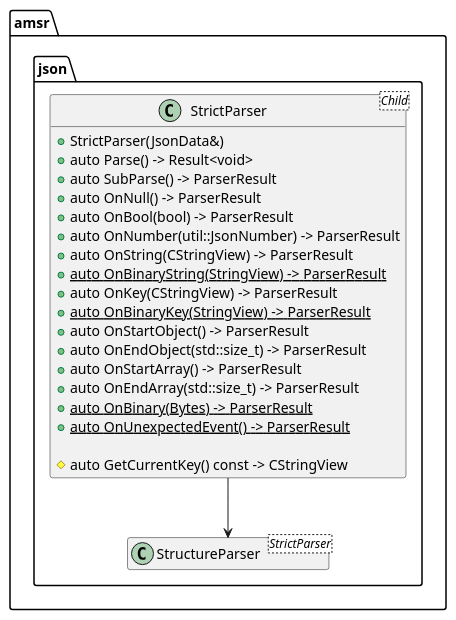
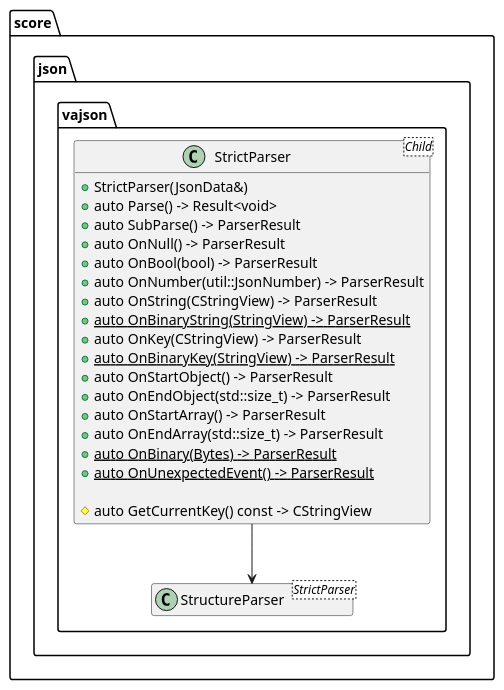
Before and after one commit to eclipse-score/baselibs: the third of 9 diagrams in docs/baselibs/components/json/docs/vajson/design/logical/Reader.rst, drawn with PlantUML. The commit also changed other lines of this file and 5 other files, not shown here.

```diff
--- a/docs/baselibs/components/json/docs/vajson/design/logical/Reader.rst
+++ b/docs/baselibs/components/json/docs/vajson/design/logical/Reader.rst
@@ -337,34 +304,36 @@
 .. uml::
 
     @startuml
     hide empty members
 
-    package "amsr" {
+    package "score" {
       package "json" {
-        class StrictParser<Child> {
-          + StrictParser(JsonData&)
-          + auto Parse() -> Result<void>
-          + auto SubParse() -> ParserResult
-          + auto OnNull() -> ParserResult
-          + auto OnBool(bool) -> ParserResult
-          + auto OnNumber(util::JsonNumber) -> ParserResult
-          + auto OnString(CStringView) -> ParserResult
-          + {static} auto OnBinaryString(StringView) -> ParserResult
-          + auto OnKey(CStringView) -> ParserResult
-          + {static} auto OnBinaryKey(StringView) -> ParserResult
-          + auto OnStartObject() -> ParserResult
-          + auto OnEndObject(std::size_t) -> ParserResult
-          + auto OnStartArray() -> ParserResult
-          + auto OnEndArray(std::size_t) -> ParserResult
-          + {static} auto OnBinary(Bytes) -> ParserResult
-          + {static} auto OnUnexpectedEvent() -> ParserResult
+        package "vajson" {
+          class StrictParser<Child> {
+            + StrictParser(JsonData&)
+            + auto Parse() -> Result<void>
+            + auto SubParse() -> ParserResult
+            + auto OnNull() -> ParserResult
+            + auto OnBool(bool) -> ParserResult
+            + auto OnNumber(util::JsonNumber) -> ParserResult
+            + auto OnString(CStringView) -> ParserResult
+            + {static} auto OnBinaryString(StringView) -> ParserResult
+            + auto OnKey(CStringView) -> ParserResult
+            + {static} auto OnBinaryKey(StringView) -> ParserResult
+            + auto OnStartObject() -> ParserResult
+            + auto OnEndObject(std::size_t) -> ParserResult
+            + auto OnStartArray() -> ParserResult
+            + auto OnEndArray(std::size_t) -> ParserResult
+            + {static} auto OnBinary(Bytes) -> ParserResult
+            + {static} auto OnUnexpectedEvent() -> ParserResult
 
-          # auto GetCurrentKey() const -> CStringView
-        }
+            # auto GetCurrentKey() const -> CStringView
+          }
 
         class StructureParser<StrictParser>
+        }
       }
     }
 
     StrictParser --> StructureParser
     @enduml
```
